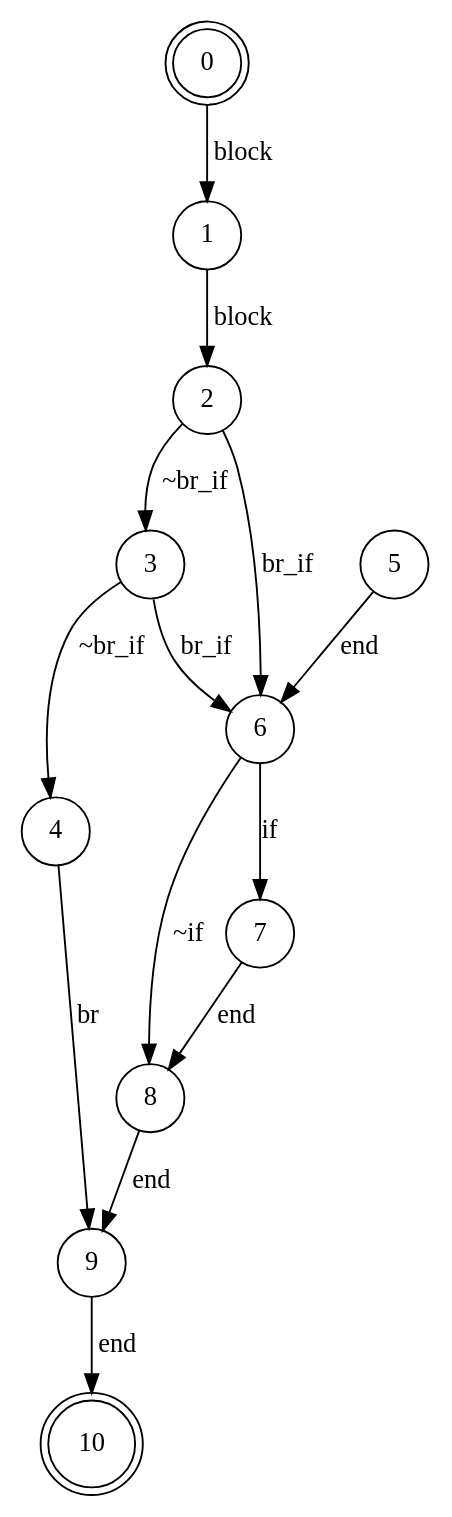
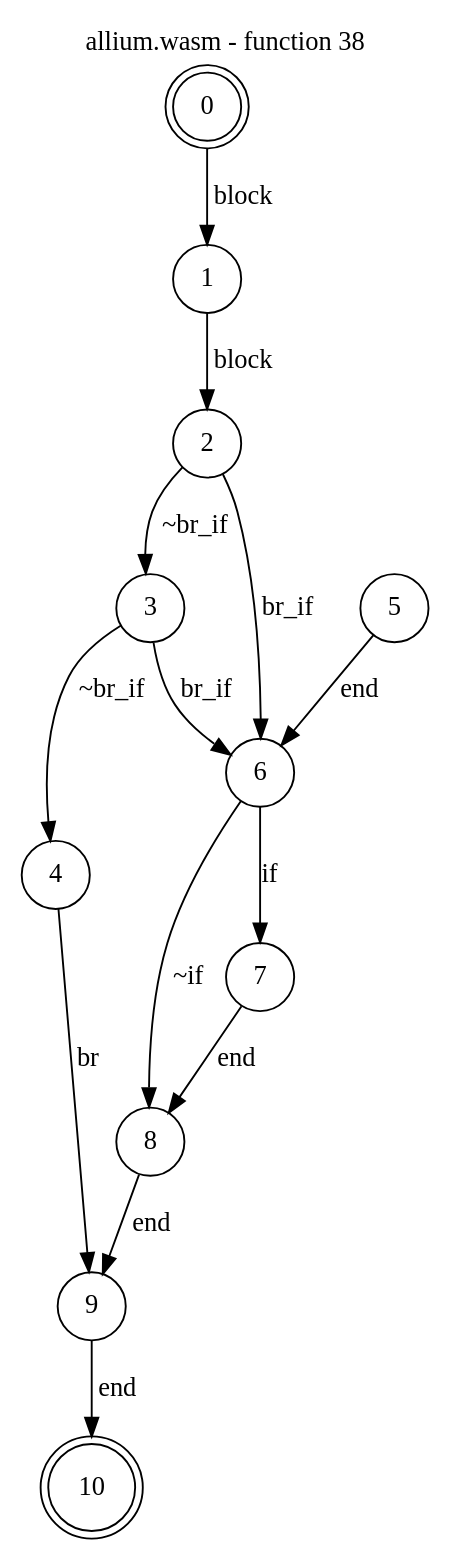
The diagram in test_cases/allium/funcs/allium-func38.dot (jsCarleton/wanalyze), drawn with Graphviz before and after one commit. The commit also changed 2386 other files, not shown here.

```diff
--- a/test_cases/allium/funcs/allium-func38.dot
+++ b/test_cases/allium/funcs/allium-func38.dot
@@ -1,17 +1,22 @@
 digraph finite_state_machine {
+    label = "allium.wasm - function 38"
+    labelloc =  t
+    labelfontsize = 16
+    labelfontcolor = black
+    labelfontname = "Helvetica"
     node [shape = doublecircle]; 0 10;
     node [shape = circle];
     0 -> 1[label = "block"];
     1 -> 2[label = "block"];
     2 -> 3[label = "~br_if"];
     2 -> 6[label = "br_if"];
     3 -> 4[label = "~br_if"];
     3 -> 6[label = "br_if"];
     4 -> 9[label = "br"];
     5 -> 6[label = "end"];
     6 -> 7[label = "if"];
     6 -> 8[label = "~if"];
     7 -> 8[label = "end"];
     8 -> 9[label = "end"];
     9 -> 10[label = "end"];
 }
```
